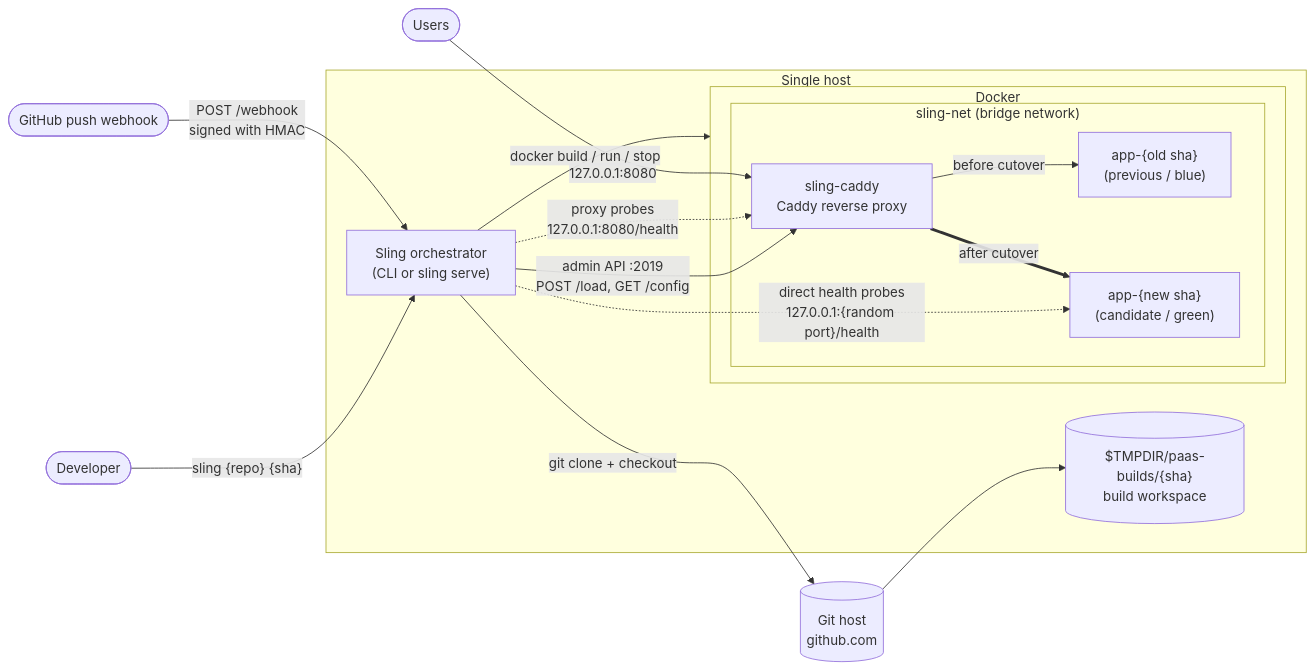
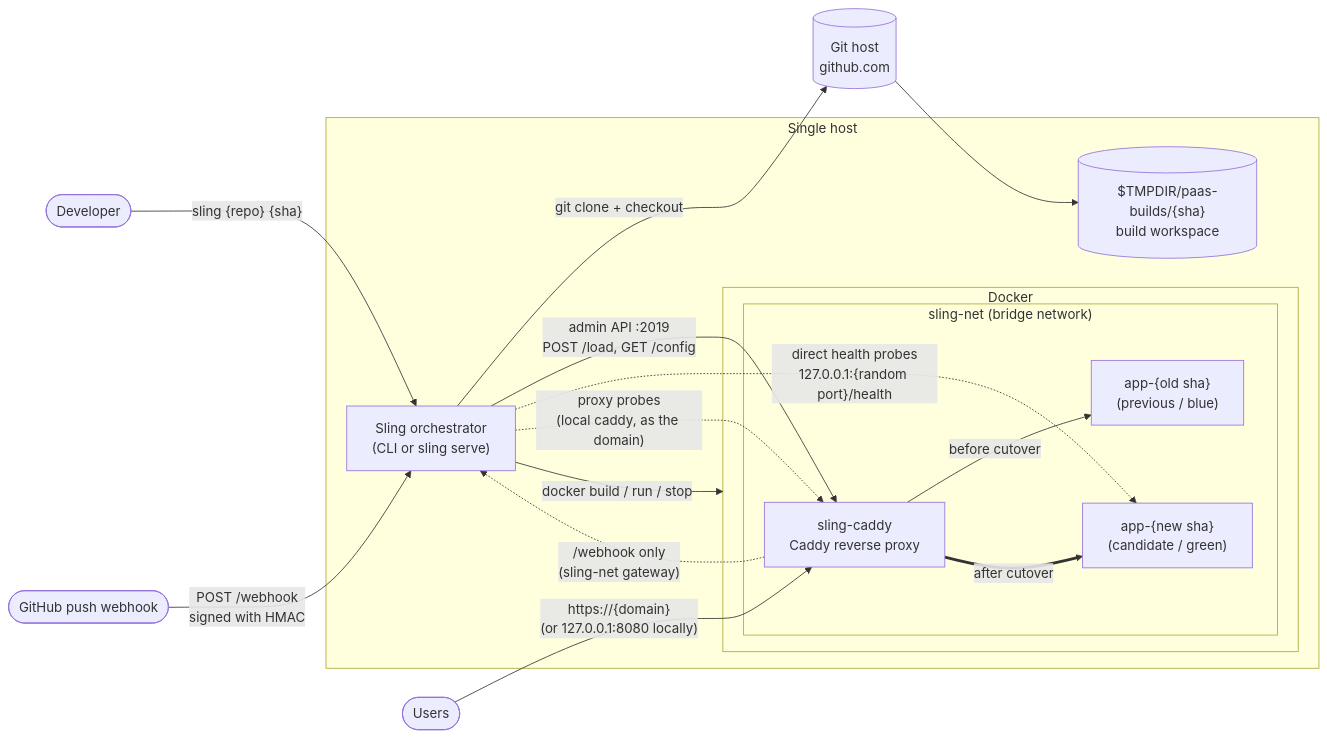
One commit to mildlybrutal/sling-orchestrator changed the first of 5 diagrams in README.md. Above: the diagram before and after it, drawn with Mermaid. The commit also changed other lines of this file and 8 other files, not shown here.

Commit message:
Public HTTPS mode: automatic certificates, /webhook through Caddy, settings guard

````diff
--- a/README.md
+++ b/README.md
@@ -73,33 +76,34 @@
 ```mermaid
 flowchart LR
     dev([Developer]) -->|"sling {repo} {sha}"| sling
     gh([GitHub push webhook]) -->|"POST /webhook<br/>signed with HMAC"| sling
 
     subgraph host["Single host"]
         sling["Sling orchestrator<br/>(CLI or sling serve)"]
 
         subgraph docker["Docker"]
             subgraph net["sling-net (bridge network)"]
                 caddy["sling-caddy<br/>Caddy reverse proxy"]
                 blue["app-{old sha}<br/>(previous / blue)"]
                 green["app-{new sha}<br/>(candidate / green)"]
             end
         end
 
         tmp[("$TMPDIR/paas-builds/{sha}<br/>build workspace")]
     end
 
     git[("Git host<br/>github.com")]
     users([Users])
 
     sling -->|git clone + checkout| git
     git --> tmp
     sling -->|docker build / run / stop| docker
     sling -->|"admin API :2019<br/>POST /load, GET /config"| caddy
     sling -.->|"direct health probes<br/>127.0.0.1:{random port}/health"| green
-    sling -.->|"proxy probes<br/>127.0.0.1:8080/health"| caddy
+    sling -.->|"proxy probes<br/>(local caddy, as the domain)"| caddy
+    caddy -.->|"/webhook only<br/>(sling-net gateway)"| sling
 
-    users -->|"127.0.0.1:8080"| caddy
+    users -->|"https://{domain}<br/>(or 127.0.0.1:8080 locally)"| caddy
     caddy -->|"before cutover"| blue
     caddy ==>|"after cutover"| green
 ```
````
